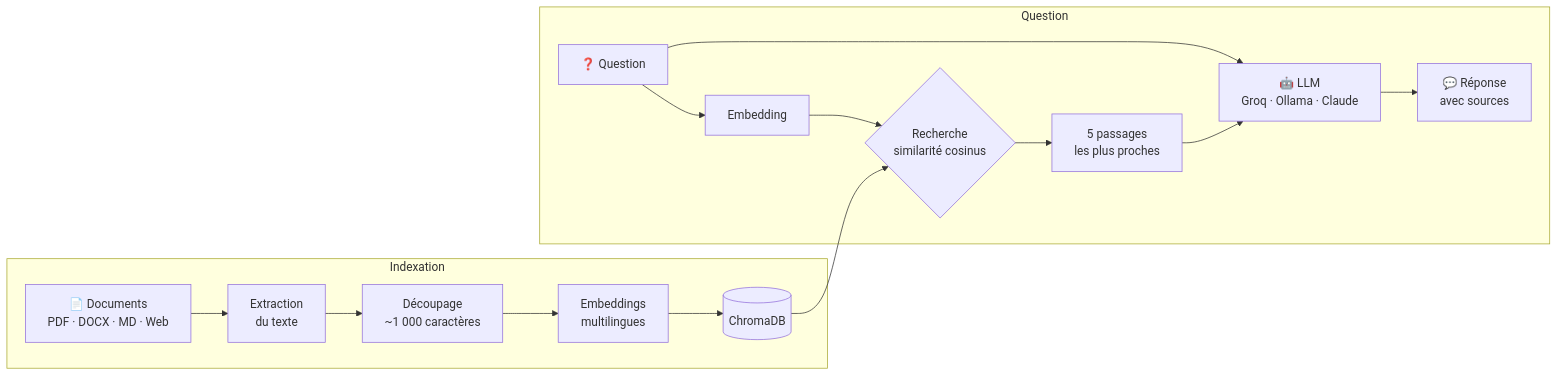
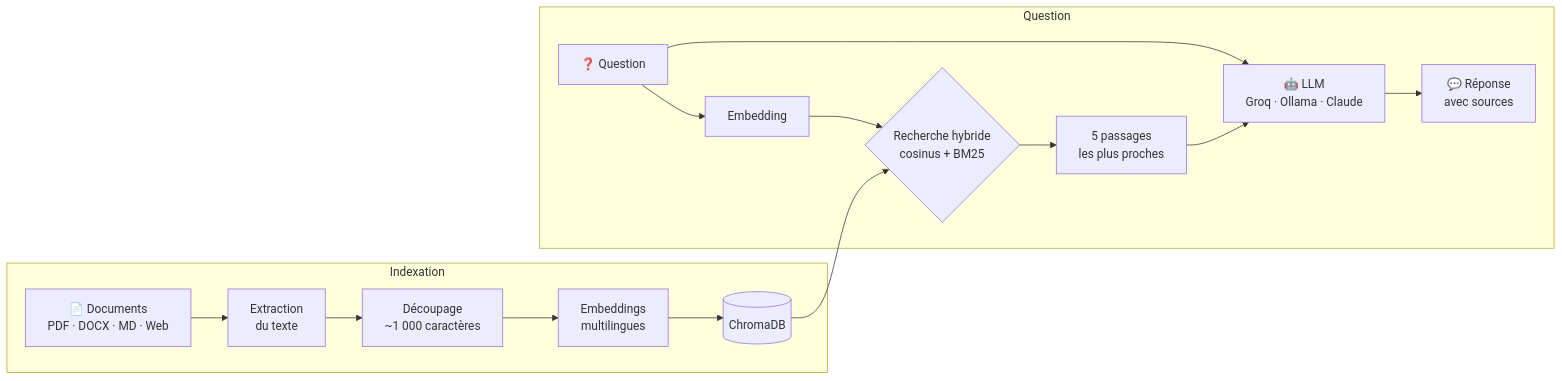
Before and after one commit to T-R-Bama/AskMyDocs: the diagram in README.md, drawn with Mermaid. The commit also changed other lines of this file and 16 other files, not shown here.

First line of the commit message:
Recherche hybride sémantique + BM25 : bon passage en tête de 56 % à 78 %

````diff
--- a/README.md
+++ b/README.md
@@ -59,18 +72,18 @@
 ```mermaid
 flowchart LR
     subgraph Indexation
         A[📄 Documents<br/>PDF · DOCX · MD · Web] --> B[Extraction<br/>du texte]
         B --> C[Découpage<br/>~1 000 caractères]
         C --> D[Embeddings<br/>multilingues]
         D --> E[(ChromaDB)]
     end
     subgraph Question
         Q[❓ Question] --> QE[Embedding]
-        QE --> S{Recherche<br/>similarité cosinus}
+        QE --> S{Recherche hybride<br/>cosinus + BM25}
         E --> S
         S --> P[5 passages<br/>les plus proches]
         P --> L[🤖 LLM<br/>Groq · Ollama · Claude]
         Q --> L
         L --> R[💬 Réponse<br/>avec sources]
     end
 ```
````
